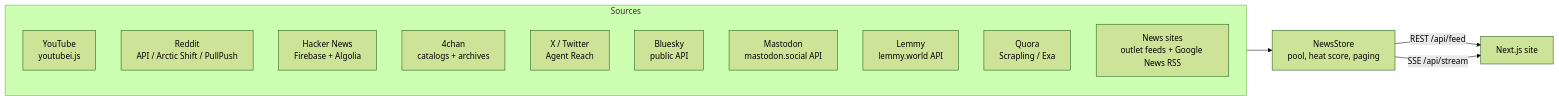
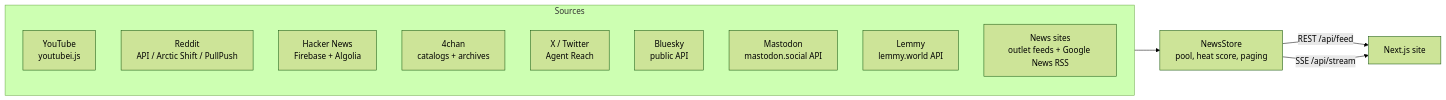
One commit to Anandadevnath/Active_News changed the diagram in README.md. Above: the diagram before and after it, drawn with Mermaid (forest theme). The commit also changed other lines of this file and 22 other files, not shown here.

````diff
--- a/README.md
+++ b/README.md
@@ -90,18 +89,17 @@
 ```mermaid
 flowchart LR
   subgraph Sources
     YT[YouTube<br/>youtubei.js]
     RD[Reddit<br/>API / Arctic Shift / PullPush]
     HN[Hacker News<br/>Firebase + Algolia]
     FC[4chan<br/>catalogs + archives]
     TW[X / Twitter<br/>Agent Reach]
     BS[Bluesky<br/>public API]
     MA[Mastodon<br/>mastodon.social API]
     LE[Lemmy<br/>lemmy.world API]
-    QU[Quora<br/>Scrapling / Exa]
     NW[News sites<br/>outlet feeds + Google News RSS]
   end
   Sources --> S[NewsStore<br/>pool, heat score, paging]
   S -- REST /api/feed --> W[Next.js site]
   S -- SSE /api/stream --> W
 ```
````
